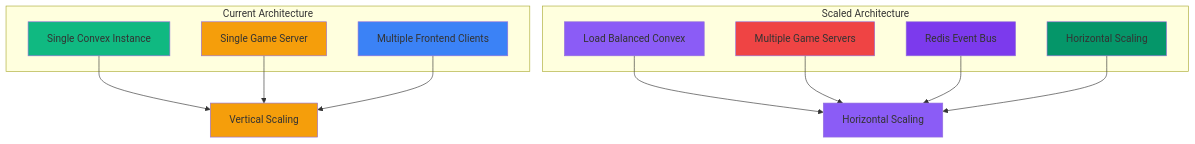
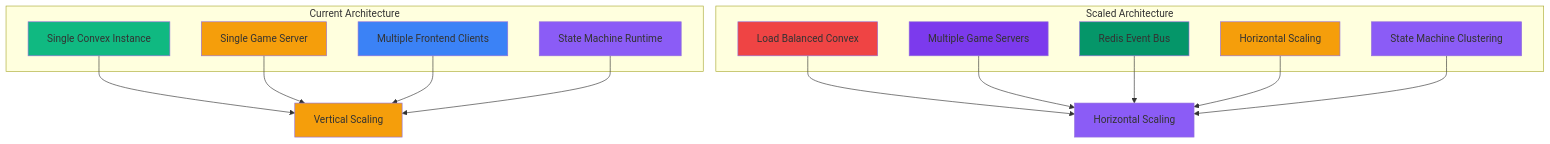
The eighth of 9 diagrams in docs/convex-real-time-flow.md (smallfatcat/montecarlo), drawn with Mermaid before and after one commit. The commit also changed other lines of this file and 7 other files, not shown here.

````diff
--- a/docs/convex-real-time-flow.md
+++ b/docs/convex-real-time-flow.md
@@ -288,34 +324,40 @@
 ```mermaid
 graph TB
     subgraph "Current Architecture"
         A[Single Convex Instance]
         B[Single Game Server]
         C[Multiple Frontend Clients]
+        D[State Machine Runtime]
     end
     
     subgraph "Scaled Architecture"
-        D[Load Balanced Convex]
-        E[Multiple Game Servers]
-        F[Redis Event Bus]
-        G[Horizontal Scaling]
+        E[Load Balanced Convex]
+        F[Multiple Game Servers]
+        G[Redis Event Bus]
+        H[Horizontal Scaling]
+        I[State Machine Clustering]
     end
     
-    A --> H[Vertical Scaling]
-    B --> H
-    C --> H
+    A --> J[Vertical Scaling]
+    B --> J
+    C --> J
+    D --> J
     
-    D --> I[Horizontal Scaling]
-    E --> I
-    F --> I
-    G --> I
+    E --> K[Horizontal Scaling]
+    F --> K
+    G --> K
+    H --> K
+    I --> K
     
     style A fill:#10b981
     style B fill:#f59e0b
     style C fill:#3b82f6
     style D fill:#8b5cf6
     style E fill:#ef4444
     style F fill:#7c3aed
     style G fill:#059669
     style H fill:#f59e0b
     style I fill:#8b5cf6
+    style J fill:#f59e0b
+    style K fill:#8b5cf6
 ```
````
